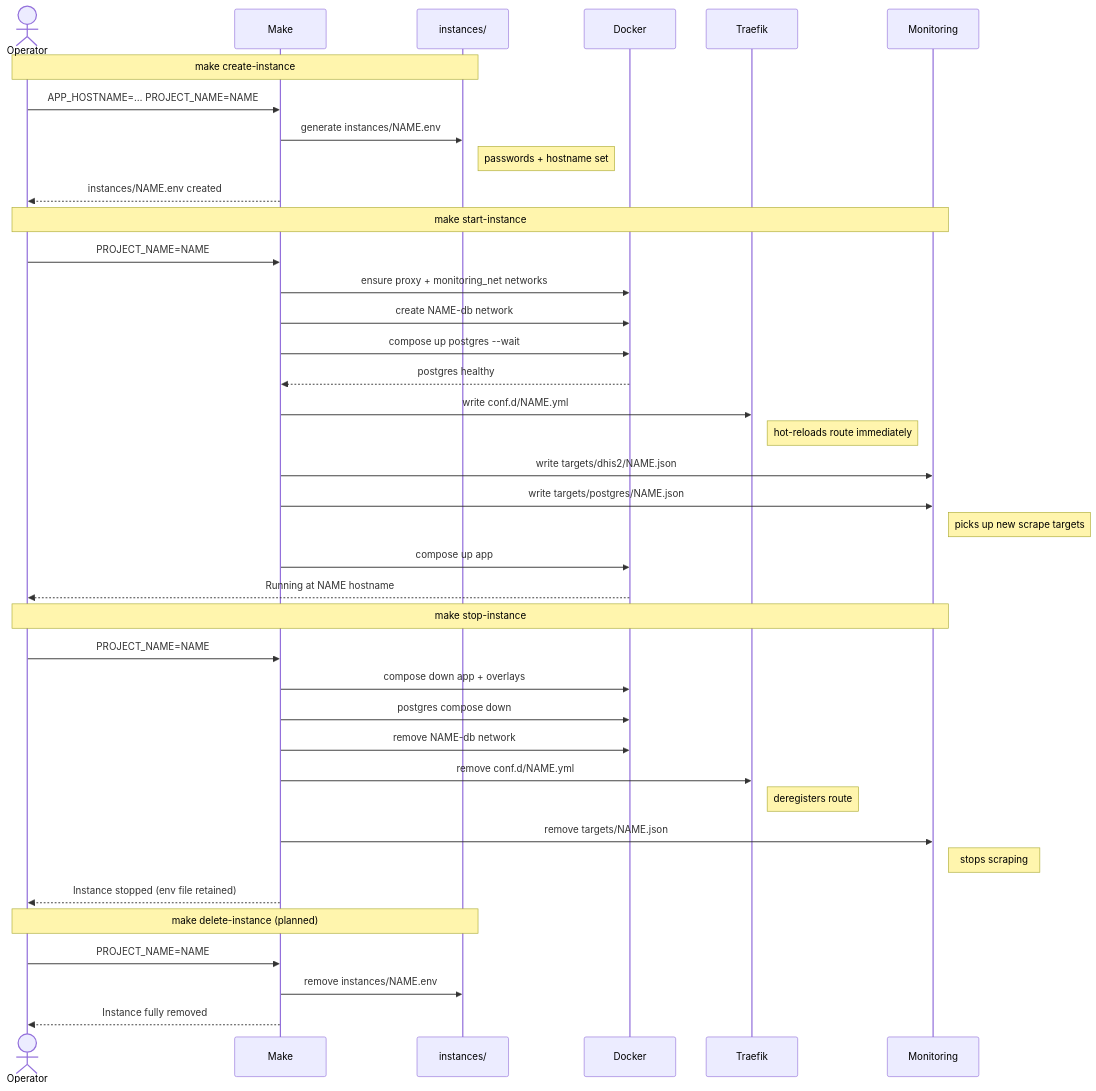
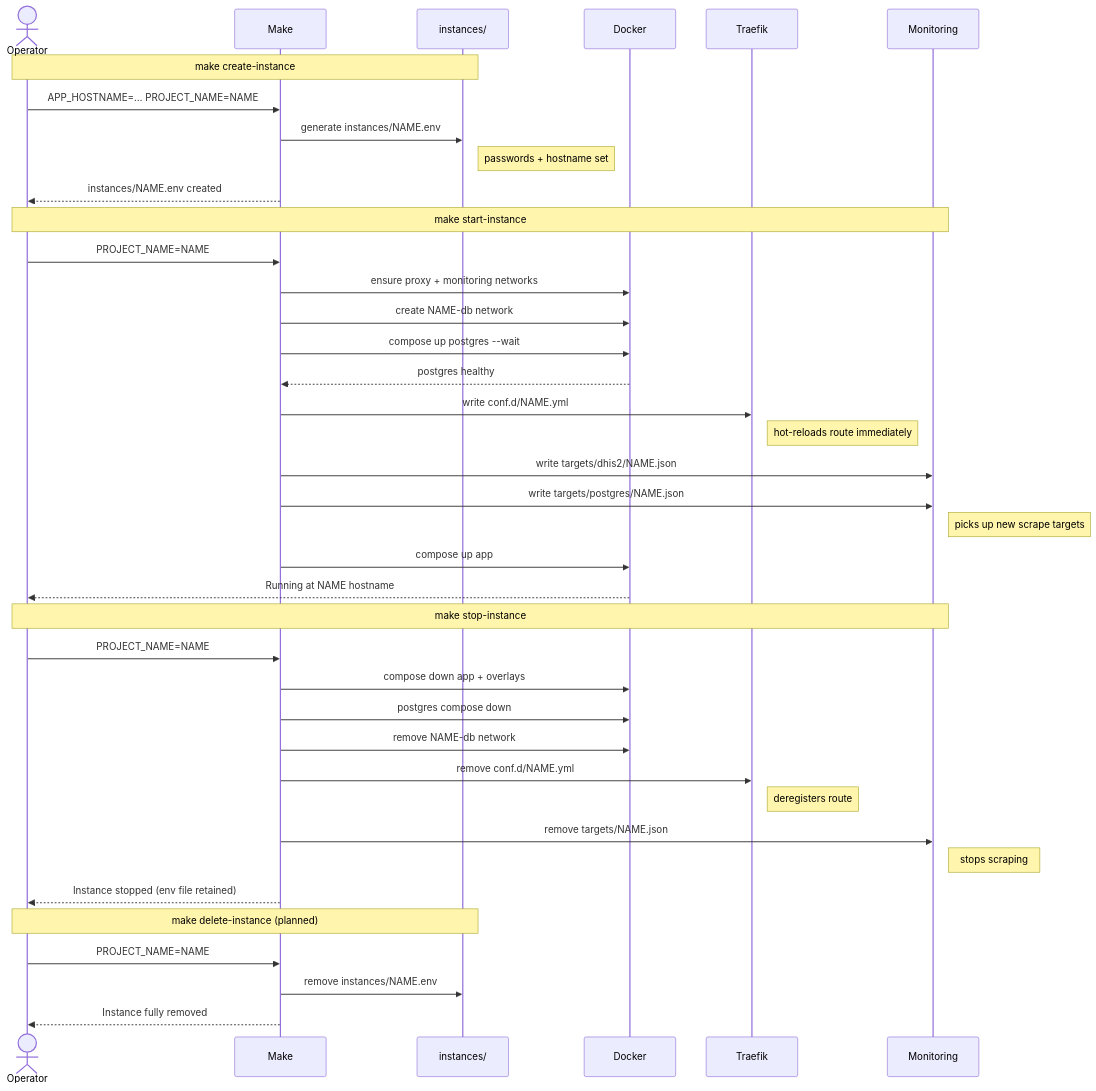
Before and after one commit to dhis2/docker-deployment: the second of 2 diagrams in docs/instance-management.md, drawn with Mermaid. The commit also changed other lines of this file and 4 other files, not shown here.

Commit message:
refactor: rename monitoring_net network to monitoring

````diff
--- a/docs/instance-management.md
+++ b/docs/instance-management.md
@@ -22,47 +22,47 @@
 ```mermaid
 sequenceDiagram
     actor Operator
     participant Make
     participant FS as instances/
     participant Docker
     participant Traefik
     participant Monitoring
 
     Note over Operator,FS: make create-instance
     Operator->>Make: APP_HOSTNAME=… PROJECT_NAME=NAME
     Make->>FS: generate instances/NAME.env
     Note right of FS: passwords + hostname set
     Make-->>Operator: instances/NAME.env created
 
     Note over Operator,Monitoring: make start-instance
     Operator->>Make: PROJECT_NAME=NAME
-    Make->>Docker: ensure proxy + monitoring_net networks
+    Make->>Docker: ensure proxy + monitoring networks
     Make->>Docker: create NAME-db network
     Make->>Docker: compose up postgres --wait
     Docker-->>Make: postgres healthy
     Make->>Traefik: write conf.d/NAME.yml
     Note right of Traefik: hot-reloads route immediately
     Make->>Monitoring: write targets/dhis2/NAME.json
     Make->>Monitoring: write targets/postgres/NAME.json
     Note right of Monitoring: picks up new scrape targets
     Make->>Docker: compose up app
     Docker-->>Operator: Running at NAME hostname
 
 
     Note over Operator,Monitoring: make stop-instance
     Operator->>Make: PROJECT_NAME=NAME
     Make->>Docker: compose down app + overlays
     Make->>Docker: postgres compose down
     Make->>Docker: remove NAME-db network
     Make->>Traefik: remove conf.d/NAME.yml
     Note right of Traefik: deregisters route
     Make->>Monitoring: remove targets/NAME.json
     Note right of Monitoring: stops scraping
     Make-->>Operator: Instance stopped (env file retained)
 
     Note over Operator,FS: make delete-instance (planned)
     Operator->>Make: PROJECT_NAME=NAME
     Make->>FS: remove instances/NAME.env
     Make-->>Operator: Instance fully removed
 
 ```
````
